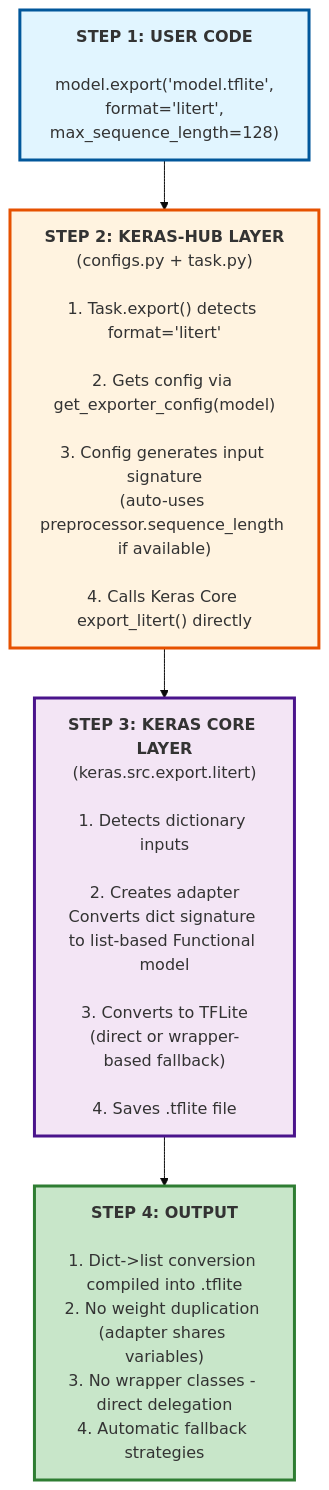
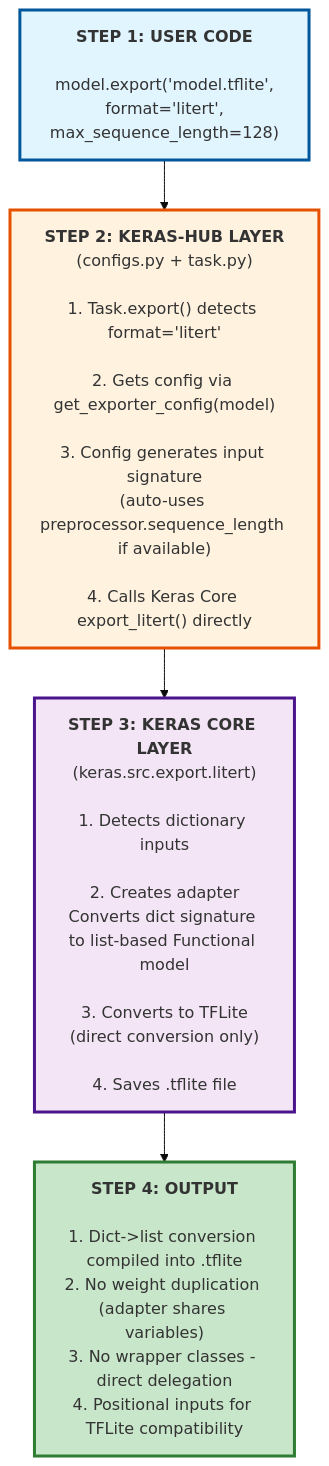
Before and after one commit to pctablet505/litert-export-docs: the sixth of 6 diagrams in LiteRT Export design doc reviewed.md, drawn with Mermaid (base theme). The commit also changed other lines of this file, not shown here.

Commit message:
Update LiteRT Export design doc reviewed.md

````diff
--- a/LiteRT Export design doc reviewed.md
+++ b/LiteRT Export design doc reviewed.md
@@ -580,19 +584,19 @@
 ```mermaid
 flowchart TD
     Step1["<b>STEP 1: USER CODE</b><br/><br/>model.export('model.tflite',<br/>format='litert',<br/>max_sequence_length=128)"]
     
     Step2["<b>STEP 2: KERAS-HUB LAYER</b><br/>(configs.py + task.py)<br/><br/>1. Task.export() detects format='litert'<br/><br/>2. Gets config via get_exporter_config(model)<br/><br/>3. Config generates input signature<br/>(auto-uses preprocessor.sequence_length if available)<br/><br/>4. Calls Keras Core export_litert() directly"]
     
-    Step3["<b>STEP 3: KERAS CORE LAYER</b><br/>(keras.src.export.litert)<br/><br/>1. Detects dictionary inputs<br/><br/>2. Creates adapter<br/>Converts dict signature to list-based Functional model<br/><br/>3. Converts to TFLite<br/>(direct or wrapper-based fallback)<br/><br/>4. Saves .tflite file"]
+    Step3["<b>STEP 3: KERAS CORE LAYER</b><br/>(keras.src.export.litert)<br/><br/>1. Detects dictionary inputs<br/><br/>2. Creates adapter<br/>Converts dict signature to list-based Functional model<br/><br/>3. Converts to TFLite<br/>(direct conversion only)<br/><br/>4. Saves .tflite file"]
     
-    Step4["<b>STEP 4: OUTPUT</b><br/><br/>1. Dict->list conversion compiled into .tflite<br/>2. No weight duplication (adapter shares variables)<br/>3. No wrapper classes - direct delegation<br/>4. Automatic fallback strategies"]
+    Step4["<b>STEP 4: OUTPUT</b><br/><br/>1. Dict->list conversion compiled into .tflite<br/>2. No weight duplication (adapter shares variables)<br/>3. No wrapper classes - direct delegation<br/>4. Positional inputs for TFLite compatibility"]
     
     Step1 --> Step2
     Step2 --> Step3
     Step3 --> Step4
     
     style Step1 fill:#e1f5ff,stroke:#01579b,stroke-width:3px
     style Step2 fill:#fff3e0,stroke:#e65100,stroke-width:3px
     style Step3 fill:#f3e5f5,stroke:#4a148c,stroke-width:3px
     style Step4 fill:#c8e6c9,stroke:#2e7d32,stroke-width:3px
 ```
````
